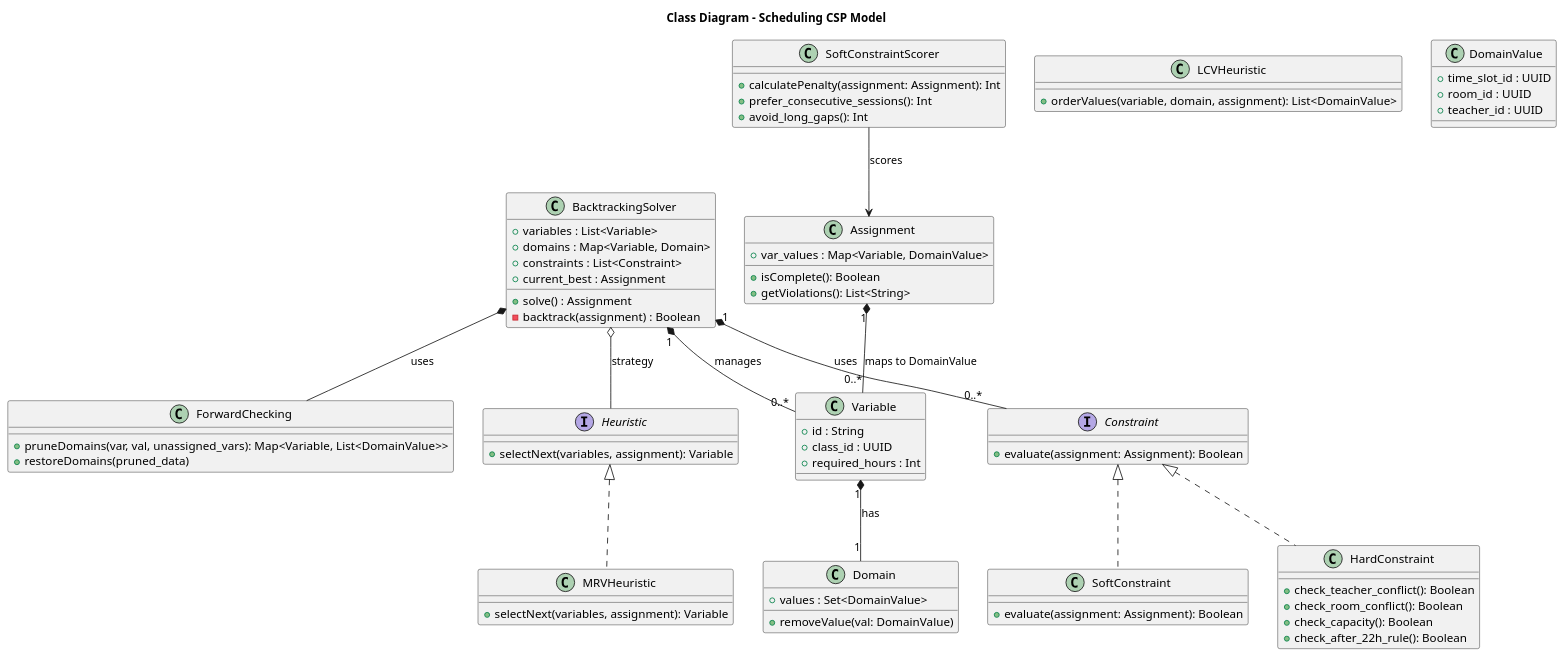
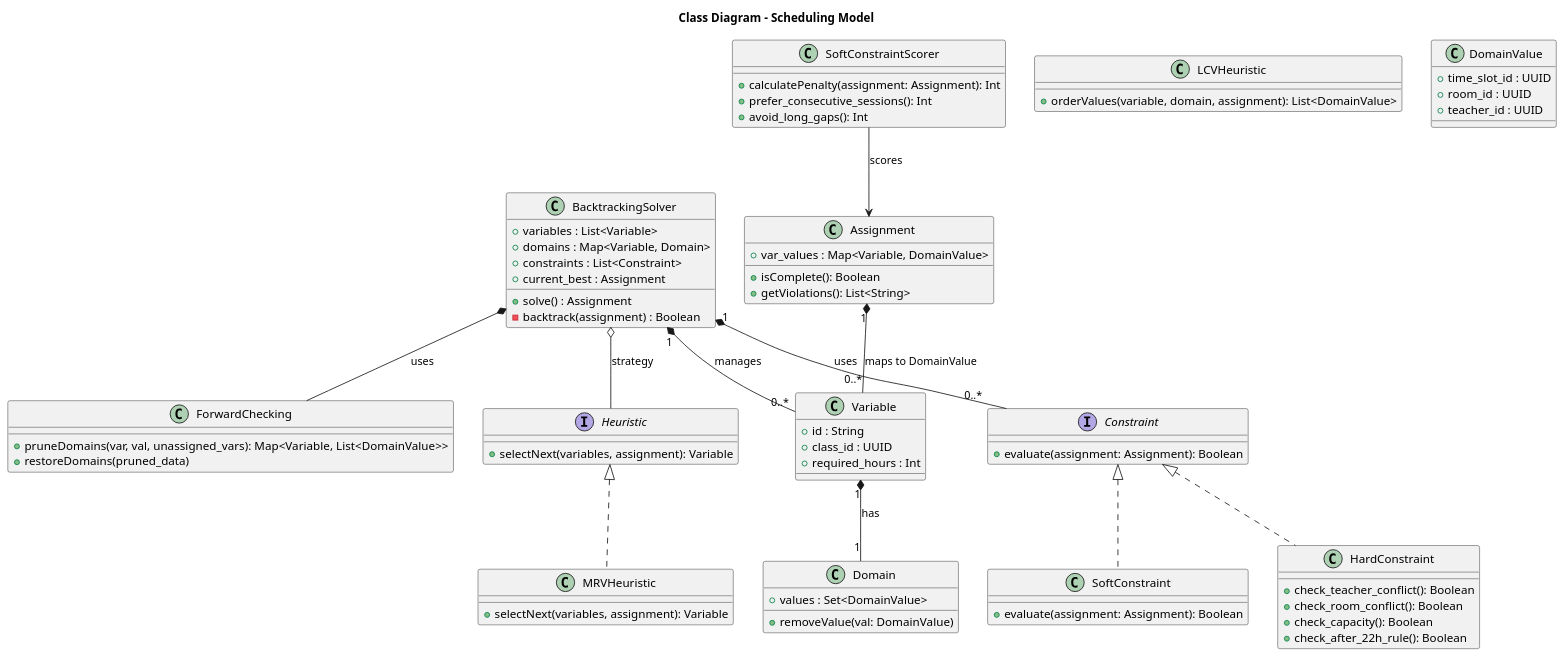
Before and after one commit to HANT-02/doan: the diagram in docs/modeling/class-diagrams/03_scheduling.puml, drawn with PlantUML. The commit also changed 29 other files, not shown here.

```diff
--- a/docs/modeling/class-diagrams/03_scheduling.puml
+++ b/docs/modeling/class-diagrams/03_scheduling.puml
@@ -1,93 +1,93 @@
 @startuml 03_scheduling
 /'
 MÔ TẢ SƠ ĐỒ
-Mục tiêu: Mô hình hóa cấu trúc Classes cho thuật toán Xếp lịch tự động bằng Constraint Satisfaction Problem (CSP).
-Phạm vi: Các khái niệm cơ bản của CSP như Variable, Domain, Constraint và class giải thuật BacktrackingSolver.
+Mục tiêu: Mô hình hóa cấu trúc Classes cho thuật toán Xếp lịch tự động.
+Phạm vi: Các khái niệm cơ bản của xếp lịch tự động như Variable, Domain, Constraint và class giải thuật BacktrackingSolver.
 Assumptions:
 - Mẫu Strategy Design Pattern dùng cho Heuristics và Constraints để dễ mở rộng.
 - Việc tính điểm SoftConstraintScorer giúp tối ưu hóa thuật toán.
 '/
 
-title Class Diagram - Scheduling CSP Model
+title Class Diagram - Scheduling Model
 
 interface Constraint {
   + evaluate(assignment: Assignment): Boolean
 }
 
 class HardConstraint implements Constraint {
   + check_teacher_conflict(): Boolean
   + check_room_conflict(): Boolean
   + check_capacity(): Boolean
   + check_after_22h_rule(): Boolean
 }
 
 class SoftConstraint implements Constraint {
   + evaluate(assignment: Assignment): Boolean
 }
 
 class SoftConstraintScorer {
   + calculatePenalty(assignment: Assignment): Int
   + prefer_consecutive_sessions(): Int
   + avoid_long_gaps(): Int
 }
 
 interface Heuristic {
   + selectNext(variables, assignment): Variable
 }
 
 class MRVHeuristic implements Heuristic {
   + selectNext(variables, assignment): Variable
 }
 
 class LCVHeuristic {
   + orderValues(variable, domain, assignment): List<DomainValue>
 }
 
 class Variable {
   + id : String
   + class_id : UUID
   + required_hours : Int
 }
 
 class DomainValue {
   + time_slot_id : UUID
   + room_id : UUID
   + teacher_id : UUID
 }
 
 class Domain {
   + values : Set<DomainValue>
   + removeValue(val: DomainValue)
 }
 
 class Assignment {
   + var_values : Map<Variable, DomainValue>
   + isComplete(): Boolean
   + getViolations(): List<String>
 }
 
 class ForwardChecking {
   + pruneDomains(var, val, unassigned_vars): Map<Variable, List<DomainValue>>
   + restoreDomains(pruned_data)
 }
 
 class BacktrackingSolver {
   + variables : List<Variable>
   + domains : Map<Variable, Domain>
   + constraints : List<Constraint>
   + current_best : Assignment
   
   + solve() : Assignment
   - backtrack(assignment) : Boolean
 }
 
 ' Relationships
 Variable "1" *-- "1" Domain : has
 BacktrackingSolver "1" *-- "0..*" Variable : manages
 BacktrackingSolver "1" *-- "0..*" Constraint : uses
 BacktrackingSolver o-- Heuristic : strategy
 BacktrackingSolver *-- ForwardChecking : uses
 Assignment "1" *-- "0..*" Variable : maps to DomainValue
 SoftConstraintScorer --> Assignment : scores
 
 @enduml
```
